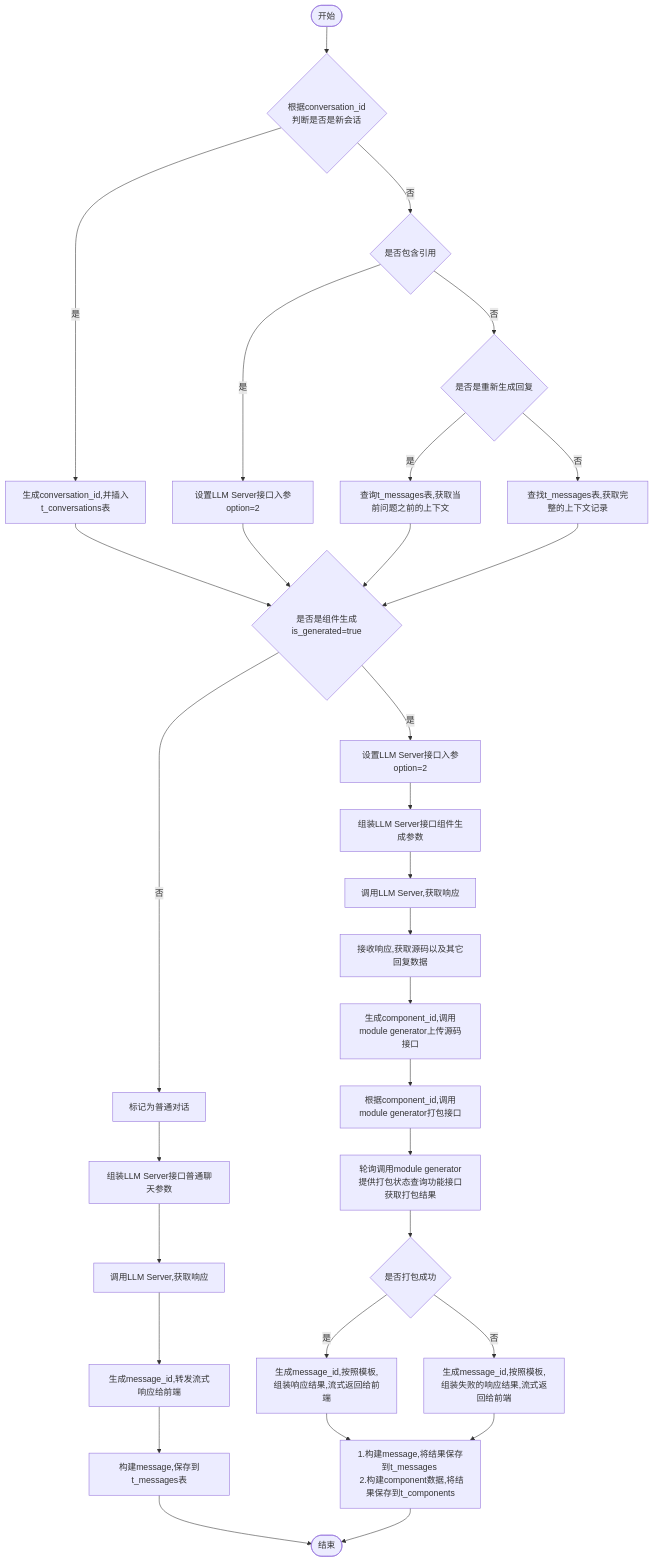
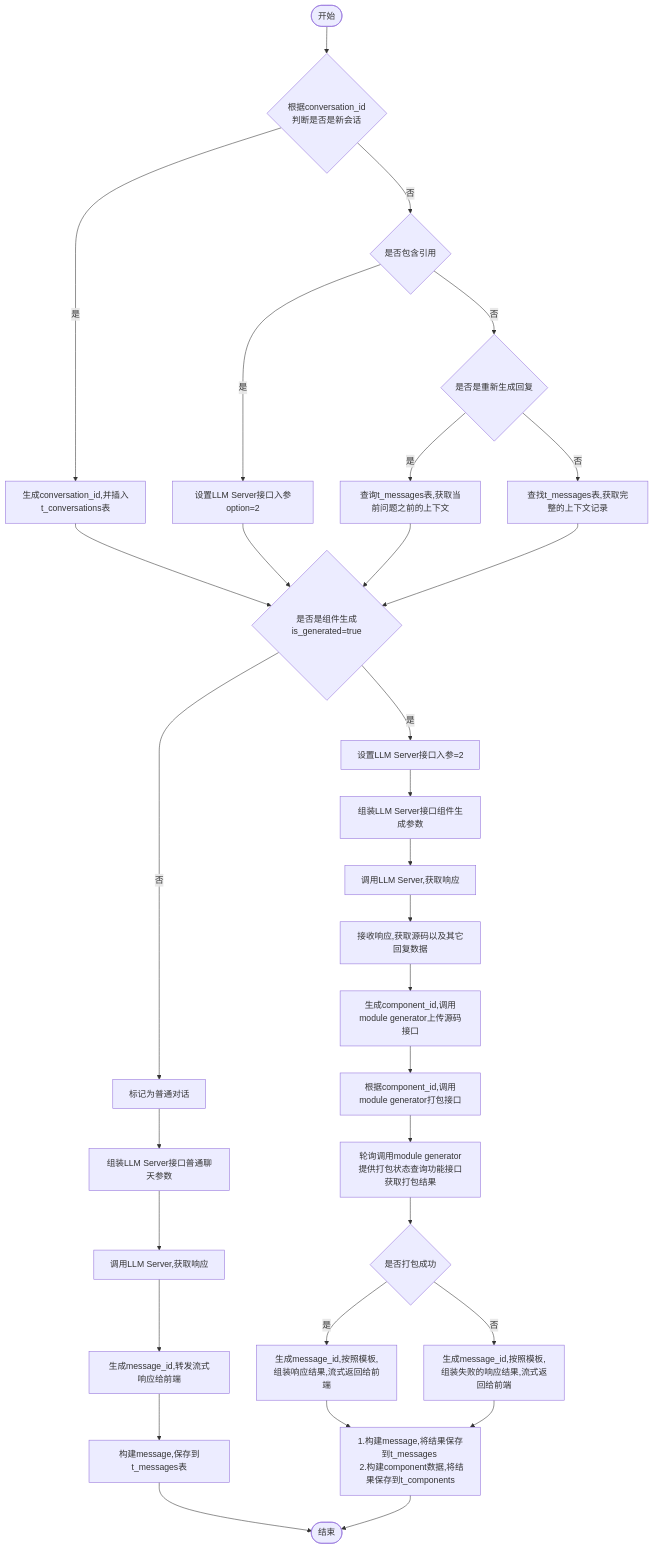
One commit to yingjianzh/iodraw-files changed the diagram in all/w3-会话-不需要传递message.md. Above: the diagram before and after it, drawn with Mermaid.

Commit message:
2024-10-14 11:08:02 update

````diff
--- a/all/w3-会话-不需要传递message.md
+++ b/all/w3-会话-不需要传递message.md
@@ -1,35 +1,35 @@
 ```mermaid
 flowchart TD
     A([开始]) --> B{根据conversation_id \n 判断是否是新会话}
     B -- 是 --> C[生成conversation_id,并插入t_conversations表]
     B -- 否 --> D{是否包含引用}
     D -- 是 --> E[设置LLM Server接口入参option=2]
     D -- 否 --> F{是否是重新生成回复}
     F -- 是 --> G[查询t_messages表,获取当前问题之前的上下文]
     F -- 否 --> H[查找t_messages表,获取完整的上下文记录]
      
     C & E & G & H --> I{是否是组件生成is_generated=true}
-    I -- 是 --> J[设置LLM Server接口入参option=2]
+    I -- 是 --> J[设置LLM Server接口入参=2]
     I -- 否 --> K[标记为普通对话]
 
 
     J --> L[组装LLM Server接口组件生成参数]    
     K --> M[组装LLM Server接口普通聊天参数]    
     M --> N[调用LLM Server,获取响应]    
     N --> O[生成message_id,转发流式响应给前端]
     O --> P[构建message,保存到t_messages表]
     P --> R([结束])
 
 
     L --> S[调用LLM Server,获取响应]
     S --> T[接收响应,获取源码以及其它回复数据]
     T --> U[生成component_id,调用module generator上传源码接口]
     U --> V[根据component_id,调用module generator打包接口]
     V --> W[轮询调用module generator提供打包状态查询功能接口获取打包结果]
     W --> X{是否打包成功}
     X -- 是 --> Y[生成message_id,按照模板,组装响应结果,流式返回给前端]
     X -- 否 --> Z[生成message_id,按照模板,组装失败的响应结果,流式返回给前端]
 
     Y & Z --> Result[1.构建message,将结果保存到t_messages \n 2.构建component数据,将结果保存到t_components]
     Result --> R
 ```
````
